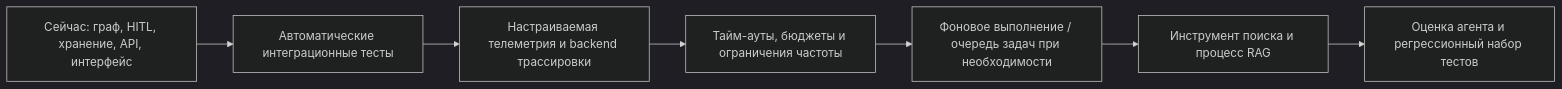
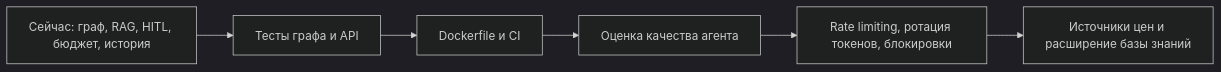
Before and after one commit to AlekseyFedorov27/agent: the third of 3 diagrams in README.md, drawn with Mermaid (dark theme). The commit also changed other lines of this file and 5 other files, not shown here.

````diff
--- a/README.md
+++ b/README.md
@@ -609,9 +336,8 @@
-``` mermaid
+```mermaid
 flowchart LR
-    NOW[Сейчас: граф, HITL, хранение, API, интерфейс] --> TESTS[Автоматические интеграционные тесты]
-    TESTS --> OBS[Настраиваемая телеметрия и backend трассировки]
-    OBS --> LIMITS[Тайм-ауты, бюджеты и ограничения частоты]
-    LIMITS --> QUEUE[Фоновое выполнение / очередь задач при необходимости]
-    QUEUE --> RAG[Инструмент поиска и процесс RAG]
-    RAG --> EVAL[Оценка агента и регрессионный набор тестов]
+    NOW[Сейчас: граф, RAG, HITL, бюджет, история] --> T[Тесты графа и API]
+    T --> CI[Dockerfile и CI]
+    CI --> EV[Оценка качества агента]
+    EV --> HARD[Rate limiting, ротация токенов, блокировки]
+    HARD --> SRC[Источники цен и расширение базы знаний]
 ```
````
